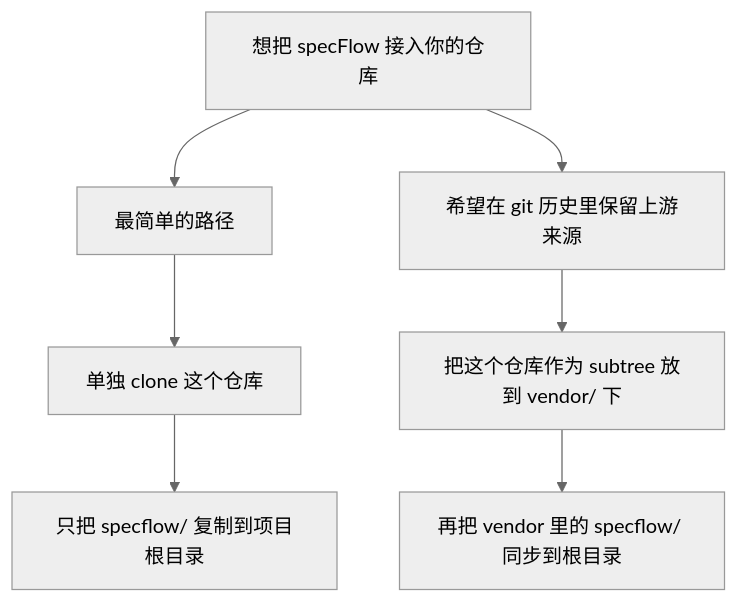
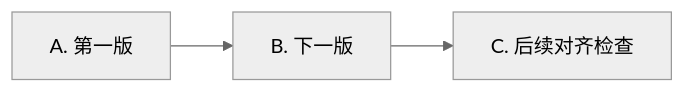
Before and after one commit to mfblog/specflow: the first of 7 diagrams in README.zh-CN.md, drawn with Mermaid (neutral theme). The commit also changed other lines of this file and 1 other file, not shown here.

Commit message:
rewrite specflow readmes

````diff
--- a/README.zh-CN.md
+++ b/README.zh-CN.md
@@ -116,9 +176,5 @@
 ```mermaid
-flowchart TD
-    A["想把 specFlow 接入你的仓库"] --> B["最简单的路径"]
-    A --> C["希望在 git 历史里保留上游来源"]
-    B --> D["单独 clone 这个仓库"]
-    D --> E["只把 specflow/ 复制到项目根目录"]
-    C --> F["把这个仓库作为 subtree 放到 vendor/ 下"]
-    F --> G["再把 vendor 里的 specflow/ 同步到根目录"]
+flowchart LR
+    A["A. 第一版"] --> B["B. 下一版"]
+    B --> C["C. 后续对齐检查"]
 ```
````
